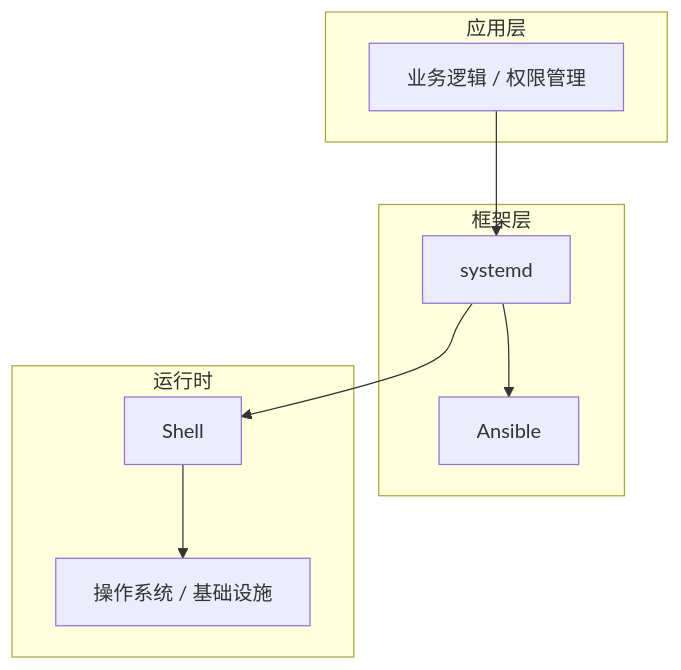
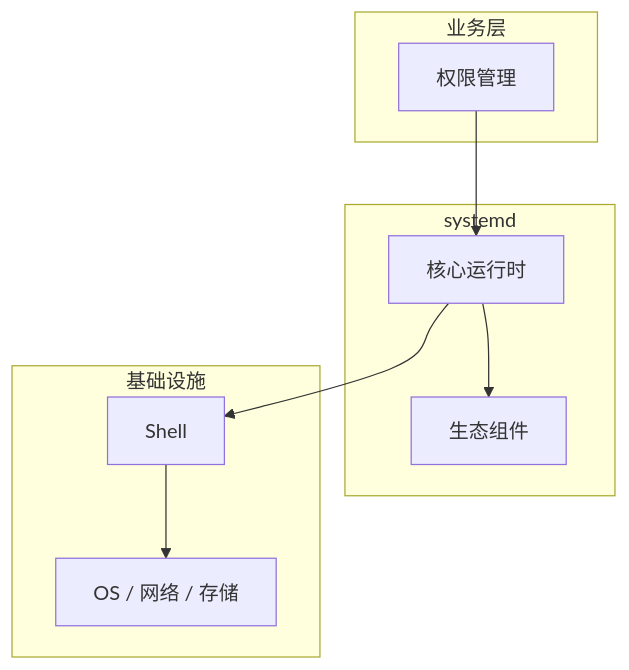
Before and after one commit to yanggan2015/knowledge-json-v2: the diagram in articles/Linux运维/chapters/013-权限管理核心概念与原理.md, drawn with Mermaid. The commit also changed other lines of this file and 10127 other files, not shown here.

````diff
--- a/articles/Linux运维/chapters/013-权限管理核心概念与原理.md
+++ b/articles/Linux运维/chapters/013-权限管理核心概念与原理.md
@@ -45,18 +34,18 @@
 ```mermaid
 graph TB
-    subgraph 应用层
-        A[业务逻辑 / 权限管理]
+    subgraph 业务层
+        A[权限管理]
     end
-    subgraph 框架层
-        B[systemd]
-        C[Ansible]
+    subgraph systemd
+        B[核心运行时]
+        C[生态组件]
     end
-    subgraph 运行时
+    subgraph 基础设施
         D[Shell]
-        E[操作系统 / 基础设施]
+        E[OS / 网络 / 存储]
     end
     A --> B
     B --> C
     B --> D
     D --> E
 ```
````
